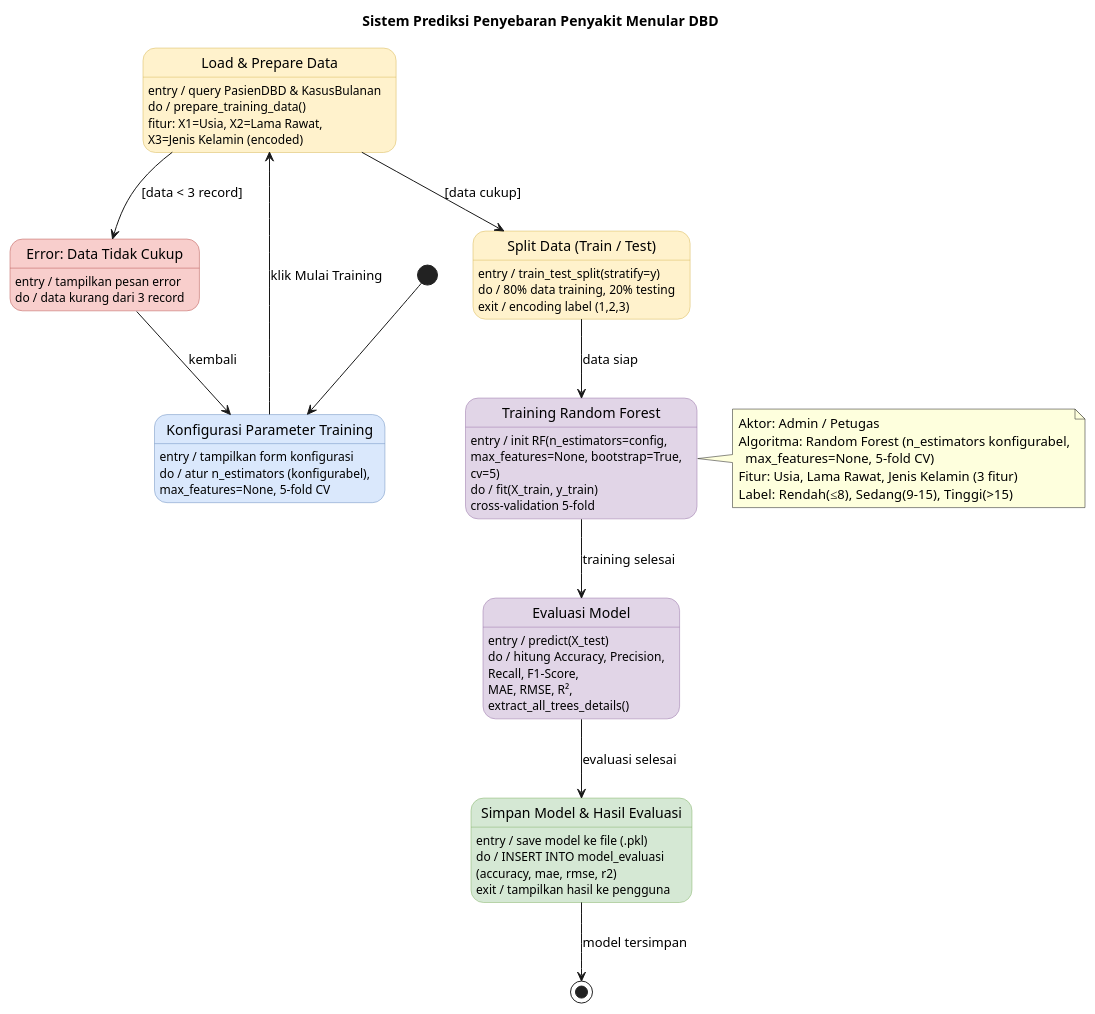
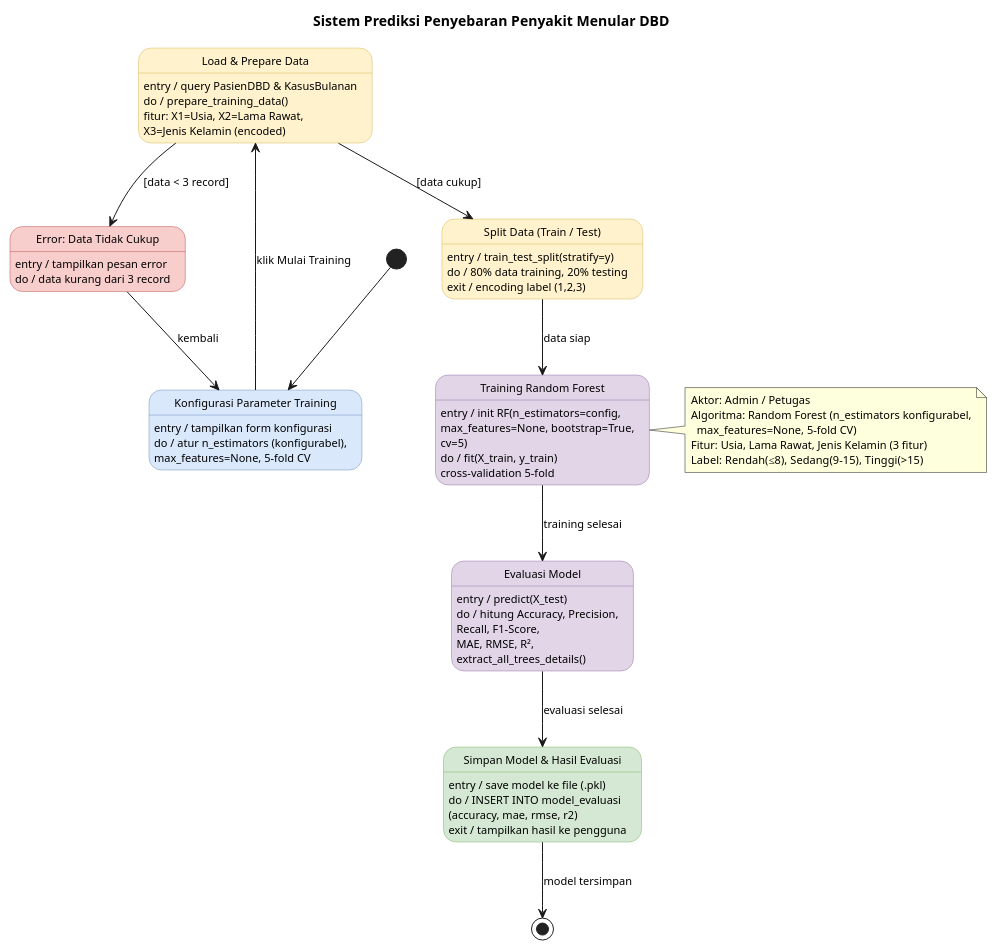
The diagram in Dokumen/UML/state_chart_training.puml (Suwardi87/prediksi-DBD), drawn with PlantUML before and after one commit. The commit also changed 20 other files, not shown here.

```diff
--- a/Dokumen/UML/state_chart_training.puml
+++ b/Dokumen/UML/state_chart_training.puml
@@ -1,84 +1,88 @@
 @startuml State Chart - Training Model Random Forest
+skinparam backgroundColor #FFFFFF
+skinparam defaultFontName Arial
+skinparam defaultFontSize 11
+skinparam shadowing false
 title State Chart Diagram - Training Model Random Forest
 title Sistem Prediksi Penyebaran Penyakit Menular DBD
 
 skinparam state {
   BackgroundColor<<blue>> #dae8fc
   BorderColor<<blue>> #6c8ebf
   BackgroundColor<<yellow>> #fff2cc
   BorderColor<<yellow>> #d6b656
   BackgroundColor<<green>> #d5e8d4
   BorderColor<<green>> #82b366
   BackgroundColor<<red>> #f8cecc
   BorderColor<<red>> #b85450
   BackgroundColor<<purple>> #e1d5e7
   BorderColor<<purple>> #9673a6
 }
 
 [*] --> Konfigurasi
 
 state "Konfigurasi Parameter Training" as Konfigurasi <<blue>> {
 }
 Konfigurasi : entry / tampilkan form konfigurasi
 Konfigurasi : do / atur n_estimators (konfigurabel),
 Konfigurasi :       max_features=None, 5-fold CV
 
 state "Load & Prepare Data" as LoadData <<yellow>> {
 }
 LoadData : entry / query PasienDBD & KasusBulanan
 LoadData : do / prepare_training_data()
 LoadData :       fitur: X1=Usia, X2=Lama Rawat,
 LoadData :       X3=Jenis Kelamin (encoded)
 
 state "Error: Data Tidak Cukup" as ErrorData <<red>> {
 }
 ErrorData : entry / tampilkan pesan error
 ErrorData : do / data kurang dari 3 record
 
 state "Split Data (Train / Test)" as SplitData <<yellow>> {
 }
 SplitData : entry / train_test_split(stratify=y)
 SplitData : do / 80% data training, 20% testing
 SplitData : exit / encoding label (1,2,3)
 
 state "Training Random Forest" as Training <<purple>> {
 }
 Training : entry / init RF(n_estimators=config,
 Training :       max_features=None, bootstrap=True,
 Training :       cv=5)
 Training : do / fit(X_train, y_train)
 Training :       cross-validation 5-fold
 
 state "Evaluasi Model" as Evaluasi <<purple>> {
 }
 Evaluasi : entry / predict(X_test)
 Evaluasi : do / hitung Accuracy, Precision,
 Evaluasi :       Recall, F1-Score,
 Evaluasi :       MAE, RMSE, R²,
 Evaluasi :       extract_all_trees_details()
 
 state "Simpan Model & Hasil Evaluasi" as SimpanModel <<green>> {
 }
 SimpanModel : entry / save model ke file (.pkl)
 SimpanModel : do / INSERT INTO model_evaluasi
 SimpanModel :       (accuracy, mae, rmse, r2)
 SimpanModel : exit / tampilkan hasil ke pengguna
 
 Konfigurasi --> LoadData : klik Mulai Training
 LoadData --> ErrorData : [data < 3 record]
 ErrorData --> Konfigurasi : kembali
 LoadData --> SplitData : [data cukup]
 SplitData --> Training : data siap
 Training --> Evaluasi : training selesai
 Evaluasi --> SimpanModel : evaluasi selesai
 SimpanModel --> [*] : model tersimpan
 
 note right of Training
   Aktor: Admin / Petugas
   Algoritma: Random Forest (n_estimators konfigurabel,
     max_features=None, 5-fold CV)
   Fitur: Usia, Lama Rawat, Jenis Kelamin (3 fitur)
   Label: Rendah(≤8), Sedang(9-15), Tinggi(>15)
 end note
 
 @enduml
```
